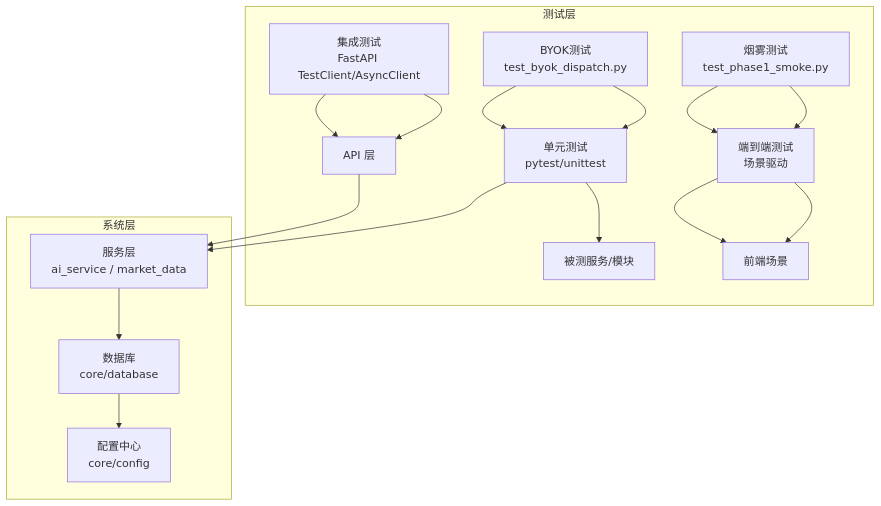
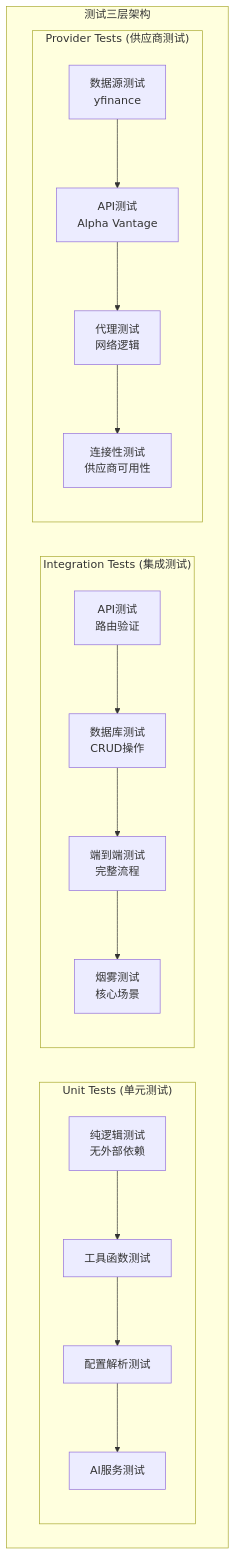
Before and after one commit to breeze-lyf/ai-stock-advisor: the first of 5 diagrams in .qoder/repowiki/zh/content/测试策略/测试策略.md, drawn with Mermaid. The commit also changed other lines of this file and 11 other files, not shown here.

````diff
--- a/.qoder/repowiki/zh/content/测试策略/测试策略.md
+++ b/.qoder/repowiki/zh/content/测试策略/测试策略.md
@@ -111,20 +89,32 @@
 ```mermaid
 graph TB
-subgraph "测试层"
-UT["单元测试<br/>pytest/unittest"] --> SUT["被测服务/模块"]
-IT["集成测试<br/>FastAPI TestClient/AsyncClient"] --> API["API 层"]
-E2E["端到端测试<br/>场景驱动"] --> FE["前端场景"]
-SMOKE["烟雾测试<br/>test_phase1_smoke.py"] --> E2E
-BYOK["BYOK测试<br/>test_byok_dispatch.py"] --> UT
+subgraph "测试三层架构"
+subgraph "Unit Tests (单元测试)"
+U1["纯逻辑测试<br/>无外部依赖"]
+U2["工具函数测试"]
+U3["配置解析测试"]
+U4["AI服务测试"]
+U1 --> U2
+U2 --> U3
+U3 --> U4
 end
-subgraph "系统层"
-API --> SVC["服务层<br/>ai_service / market_data"]
-SVC --> DB["数据库<br/>core/database"]
-DB --> CFG["配置中心<br/>core/config"]
+subgraph "Integration Tests (集成测试)"
+I1["API测试<br/>路由验证"]
+I2["数据库测试<br/>CRUD操作"]
+I3["端到端测试<br/>完整流程"]
+I4["烟雾测试<br/>核心场景"]
+I1 --> I2
+I2 --> I3
+I3 --> I4
 end
-UT --> SVC
-IT --> API
-E2E --> FE
-SMOKE --> E2E
-BYOK --> UT
+subgraph "Provider Tests (供应商测试)"
+P1["数据源测试<br/>yfinance"]
+P2["API测试<br/>Alpha Vantage"]
+P3["代理测试<br/>网络逻辑"]
+P4["连接性测试<br/>供应商可用性"]
+P1 --> P2
+P2 --> P3
+P3 --> P4
+end
+end
 ```
````
